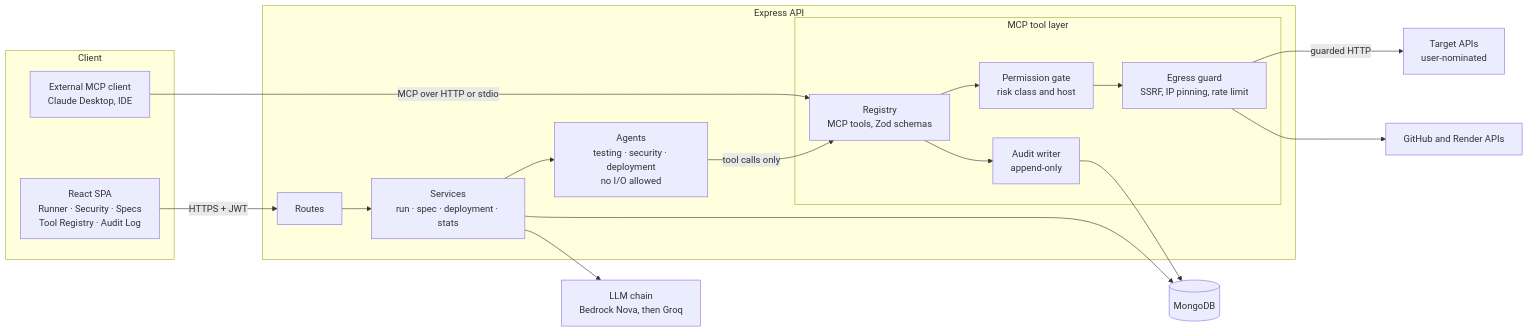
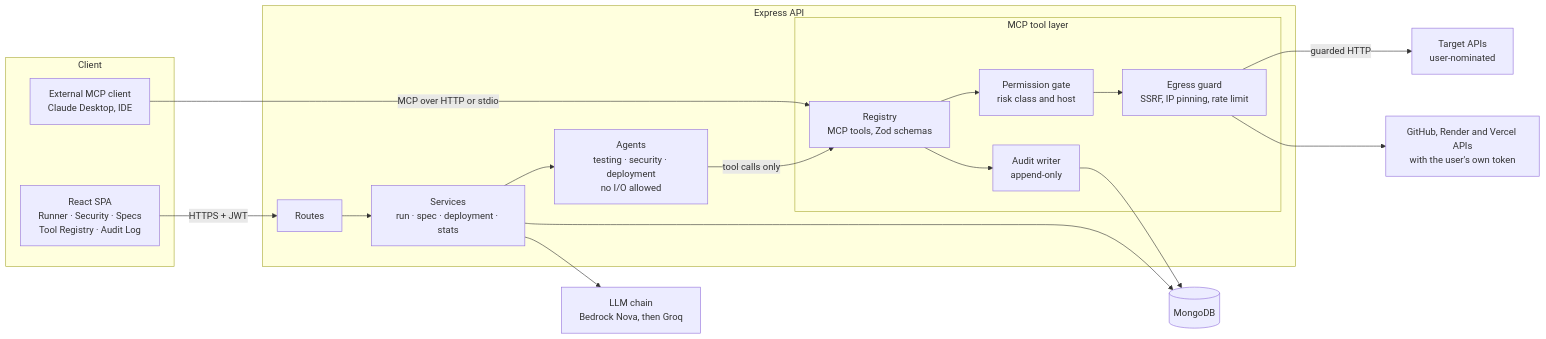
The first of 2 diagrams in README.md (adarshcod30/AGENTIQ), drawn with Mermaid before and after one commit. The commit also changed other lines of this file, not shown here.

````diff
--- a/README.md
+++ b/README.md
@@ -133,31 +136,31 @@
 ```mermaid
 flowchart LR
     subgraph Client
         UI["React SPA<br/>Runner · Security · Specs<br/>Tool Registry · Audit Log"]
         EXT["External MCP client<br/>Claude Desktop, IDE"]
     end
 
     subgraph API["Express API"]
         R["Routes"]
         SV["Services<br/>run · spec · deployment · stats"]
         AG["Agents<br/>testing · security · deployment<br/>no I/O allowed"]
         subgraph MCP["MCP tool layer"]
             REG["Registry<br/>MCP tools, Zod schemas"]
             PERM["Permission gate<br/>risk class and host"]
             EG["Egress guard<br/>SSRF, IP pinning, rate limit"]
             AUD["Audit writer<br/>append-only"]
         end
     end
 
     UI -- "HTTPS + JWT" --> R
     EXT -- "MCP over HTTP or stdio" --> REG
     R --> SV --> AG
     AG -- "tool calls only" --> REG
     REG --> PERM --> EG
     EG -- "guarded HTTP" --> TGT["Target APIs<br/>user-nominated"]
-    EG --> EXTAPI["GitHub and Render APIs"]
+    EG --> EXTAPI["GitHub, Render and Vercel APIs<br/>with the user's own token"]
     REG --> AUD
     SV --> LLM["LLM chain<br/>Bedrock Nova, then Groq"]
     SV --> DB[("MongoDB")]
     AUD --> DB
 ```
````
